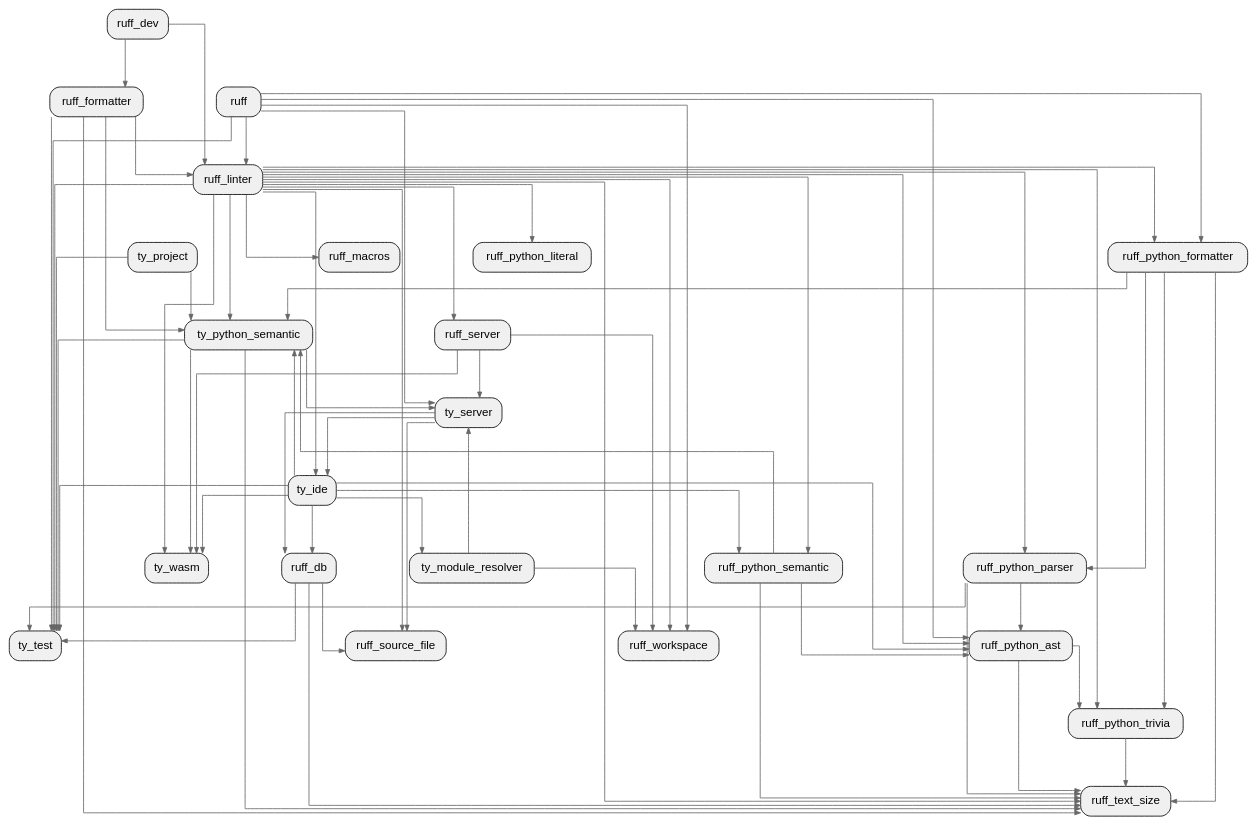
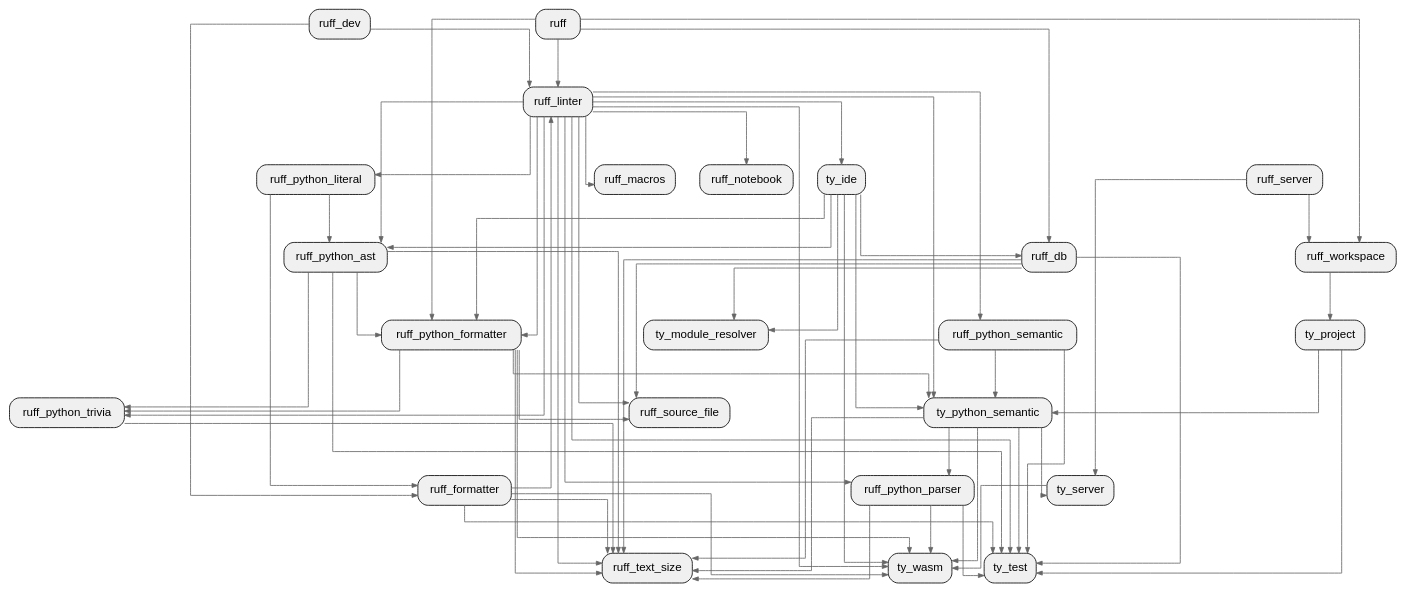
One commit to allenanswerzq/llmcc changed the diagram in sample/ruff-pagerank/depth_1_crate.dot. Above: the diagram before and after it, drawn with Graphviz. The commit also changed 194 other files, not shown here.

```diff
--- a/sample/ruff-pagerank/depth_1_crate.dot
+++ b/sample/ruff-pagerank/depth_1_crate.dot
@@ -1,104 +1,104 @@
 digraph architecture {
   // Layout settings
   rankdir=TB;
   ranksep=0.8;
   nodesep=0.4;
   splines=ortho;
   concentrate=true;
 
   node [shape=box, style="rounded,filled", fillcolor="#f0f0f0", fontname="Helvetica"];
   edge [color="#666666", arrowsize=0.7];
 
   labelloc=t;
   fontsize=16;
   fontname="Helvetica Bold";
 
   crate_ruff[label="ruff"];
   crate_ruff_db[label="ruff_db"];
   crate_ruff_dev[label="ruff_dev"];
   crate_ruff_formatter[label="ruff_formatter"];
   crate_ruff_linter[label="ruff_linter"];
   crate_ruff_macros[label="ruff_macros"];
+  crate_ruff_notebook[label="ruff_notebook"];
   crate_ruff_python_ast[label="ruff_python_ast"];
   crate_ruff_python_formatter[label="ruff_python_formatter"];
   crate_ruff_python_literal[label="ruff_python_literal"];
   crate_ruff_python_parser[label="ruff_python_parser"];
   crate_ruff_python_semantic[label="ruff_python_semantic"];
   crate_ruff_python_trivia[label="ruff_python_trivia"];
   crate_ruff_server[label="ruff_server"];
   crate_ruff_source_file[label="ruff_source_file"];
   crate_ruff_text_size[label="ruff_text_size"];
   crate_ruff_workspace[label="ruff_workspace"];
   crate_ty_ide[label="ty_ide"];
   crate_ty_module_resolver[label="ty_module_resolver"];
   crate_ty_project[label="ty_project"];
   crate_ty_python_semantic[label="ty_python_semantic"];
   crate_ty_server[label="ty_server"];
   crate_ty_test[label="ty_test"];
   crate_ty_wasm[label="ty_wasm"];
 
+  crate_ruff -> crate_ruff_db;
   crate_ruff -> crate_ruff_linter;
-  crate_ruff -> crate_ruff_python_ast;
   crate_ruff -> crate_ruff_python_formatter;
   crate_ruff -> crate_ruff_workspace;
-  crate_ruff -> crate_ty_server;
-  crate_ruff -> crate_ty_test;
   crate_ruff_db -> crate_ruff_source_file;
   crate_ruff_db -> crate_ruff_text_size;
+  crate_ruff_db -> crate_ty_module_resolver;
   crate_ruff_db -> crate_ty_test;
   crate_ruff_dev -> crate_ruff_formatter;
   crate_ruff_dev -> crate_ruff_linter;
   crate_ruff_formatter -> crate_ruff_linter;
   crate_ruff_formatter -> crate_ruff_text_size;
-  crate_ruff_formatter -> crate_ty_python_semantic;
   crate_ruff_formatter -> crate_ty_test;
+  crate_ruff_formatter -> crate_ty_wasm;
   crate_ruff_linter -> crate_ruff_macros;
+  crate_ruff_linter -> crate_ruff_notebook;
   crate_ruff_linter -> crate_ruff_python_ast;
   crate_ruff_linter -> crate_ruff_python_formatter;
   crate_ruff_linter -> crate_ruff_python_literal;
   crate_ruff_linter -> crate_ruff_python_parser;
   crate_ruff_linter -> crate_ruff_python_semantic;
   crate_ruff_linter -> crate_ruff_python_trivia;
-  crate_ruff_linter -> crate_ruff_server;
   crate_ruff_linter -> crate_ruff_source_file;
   crate_ruff_linter -> crate_ruff_text_size;
-  crate_ruff_linter -> crate_ruff_workspace;
   crate_ruff_linter -> crate_ty_ide;
   crate_ruff_linter -> crate_ty_python_semantic;
   crate_ruff_linter -> crate_ty_test;
   crate_ruff_linter -> crate_ty_wasm;
+  crate_ruff_python_ast -> crate_ruff_python_formatter;
   crate_ruff_python_ast -> crate_ruff_python_trivia;
   crate_ruff_python_ast -> crate_ruff_text_size;
-  crate_ruff_python_formatter -> crate_ruff_python_parser;
+  crate_ruff_python_ast -> crate_ty_test;
   crate_ruff_python_formatter -> crate_ruff_python_trivia;
+  crate_ruff_python_formatter -> crate_ruff_source_file;
   crate_ruff_python_formatter -> crate_ruff_text_size;
   crate_ruff_python_formatter -> crate_ty_python_semantic;
-  crate_ruff_python_parser -> crate_ruff_python_ast;
+  crate_ruff_python_formatter -> crate_ty_wasm;
+  crate_ruff_python_literal -> crate_ruff_formatter;
+  crate_ruff_python_literal -> crate_ruff_python_ast;
   crate_ruff_python_parser -> crate_ruff_text_size;
   crate_ruff_python_parser -> crate_ty_test;
-  crate_ruff_python_semantic -> crate_ruff_python_ast;
+  crate_ruff_python_parser -> crate_ty_wasm;
   crate_ruff_python_semantic -> crate_ruff_text_size;
   crate_ruff_python_semantic -> crate_ty_python_semantic;
+  crate_ruff_python_semantic -> crate_ty_test;
   crate_ruff_python_trivia -> crate_ruff_text_size;
   crate_ruff_server -> crate_ruff_workspace;
   crate_ruff_server -> crate_ty_server;
-  crate_ruff_server -> crate_ty_wasm;
+  crate_ruff_workspace -> crate_ty_project;
   crate_ty_ide -> crate_ruff_db;
   crate_ty_ide -> crate_ruff_python_ast;
-  crate_ty_ide -> crate_ruff_python_semantic;
+  crate_ty_ide -> crate_ruff_python_formatter;
   crate_ty_ide -> crate_ty_module_resolver;
   crate_ty_ide -> crate_ty_python_semantic;
-  crate_ty_ide -> crate_ty_test;
   crate_ty_ide -> crate_ty_wasm;
-  crate_ty_module_resolver -> crate_ruff_workspace;
-  crate_ty_module_resolver -> crate_ty_server;
   crate_ty_project -> crate_ty_python_semantic;
   crate_ty_project -> crate_ty_test;
+  crate_ty_python_semantic -> crate_ruff_python_parser;
   crate_ty_python_semantic -> crate_ruff_text_size;
   crate_ty_python_semantic -> crate_ty_server;
   crate_ty_python_semantic -> crate_ty_test;
   crate_ty_python_semantic -> crate_ty_wasm;
-  crate_ty_server -> crate_ruff_db;
-  crate_ty_server -> crate_ruff_source_file;
-  crate_ty_server -> crate_ty_ide;
+  crate_ty_server -> crate_ty_wasm;
 }
```
